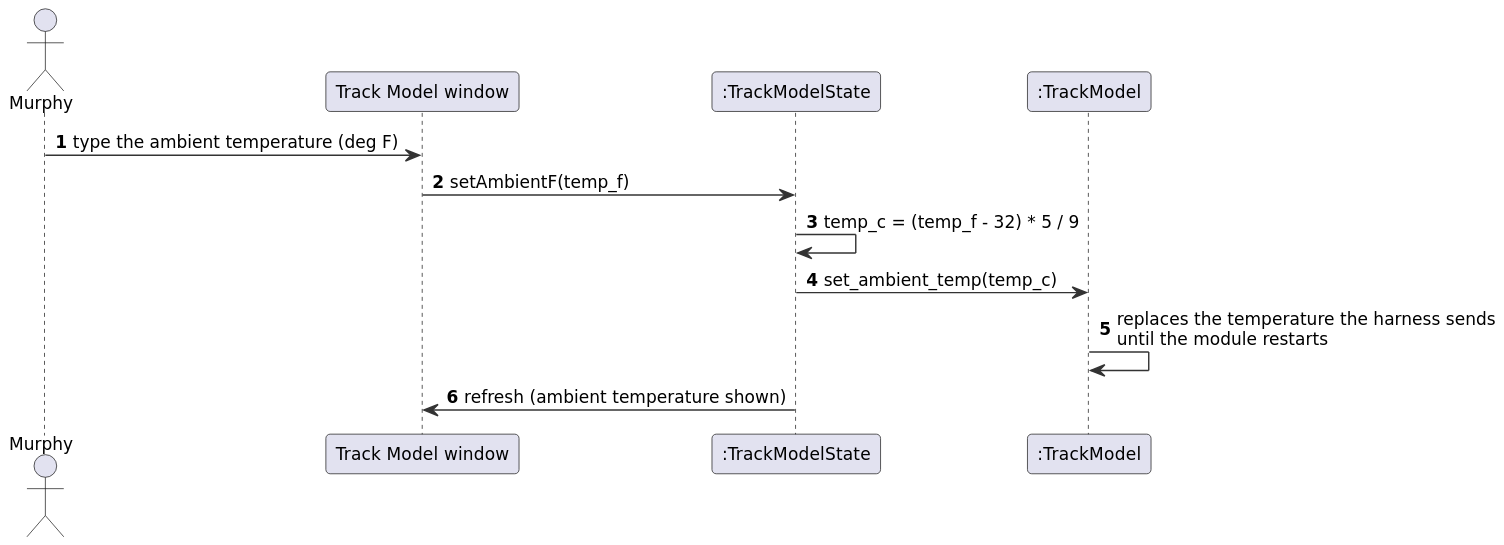
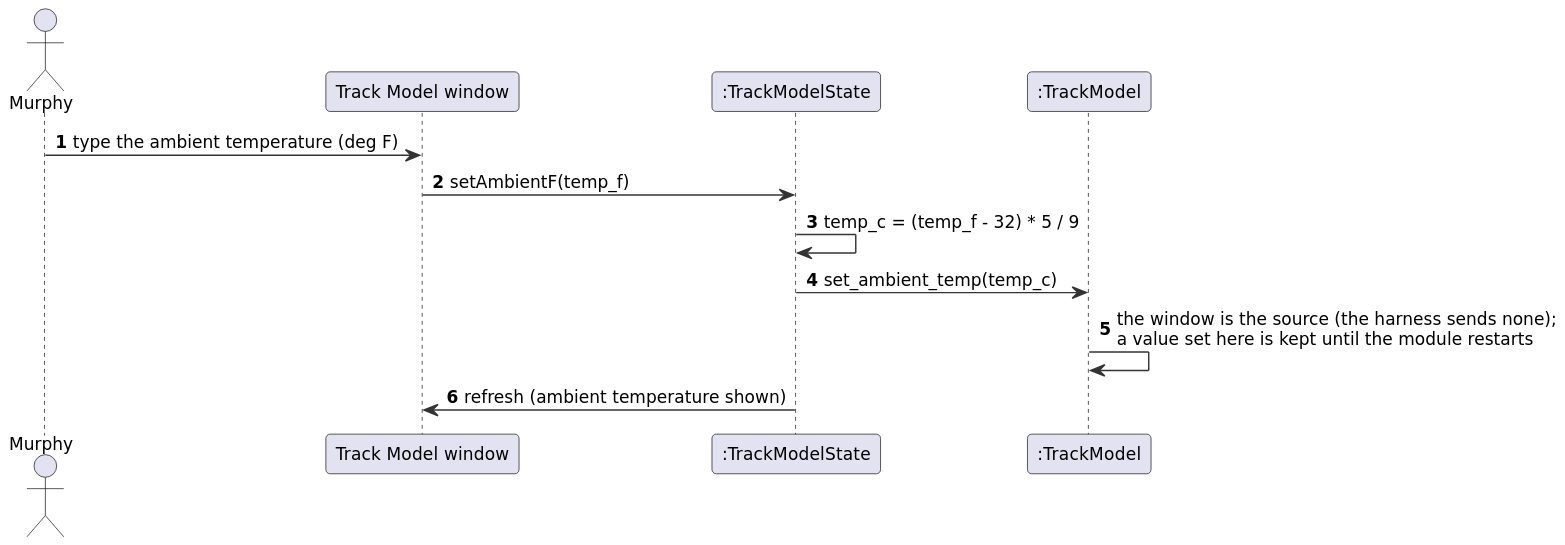
The diagram in documents/uml/track_model/sd12_temperature.puml (Landiss04/Track-Overflow), drawn with PlantUML before and after one commit. The commit also changed 14 other files, not shown here.

First line of the commit message:
Track Model SDD: class diagrams show every function the sequences use

```diff
--- a/documents/uml/track_model/sd12_temperature.puml
+++ b/documents/uml/track_model/sd12_temperature.puml
@@ -1,22 +1,22 @@
 @startuml
 skinparam shadowing false
 skinparam dpi 170
 skinparam defaultFontName DejaVu Sans
 skinparam defaultFontSize 12
 skinparam roundCorner 6
 skinparam ArrowColor #333333
 skinparam BackgroundColor white
 skinparam sequenceMessageAlign left
 skinparam ParticipantPadding 20
 autonumber
 actor Murphy
 participant "Track Model window" as W
 participant ":TrackModelState" as S
 participant ":TrackModel" as TM
 Murphy -> W : type the ambient temperature (deg F)
 W -> S : setAmbientF(temp_f)
 S -> S : temp_c = (temp_f - 32) * 5 / 9
 S -> TM : set_ambient_temp(temp_c)
-TM -> TM : replaces the temperature the harness sends\nuntil the module restarts
+TM -> TM : the window is the source (the harness sends none);\na value set here is kept until the module restarts
 S -> W : refresh (ambient temperature shown)
 @enduml
```
